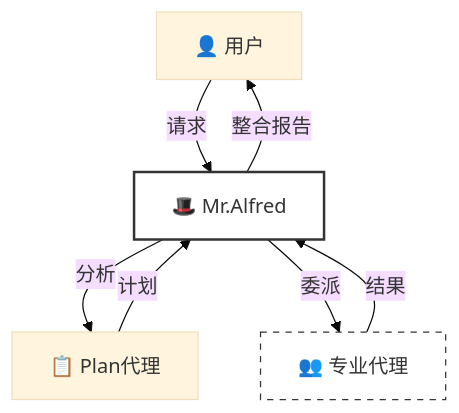
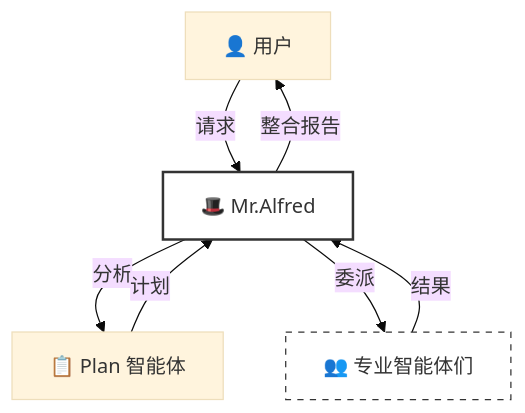
The first of 5 diagrams in README.zh.md (modu-ai/moai-adk), drawn with Mermaid (base theme) before and after one commit. The commit also changed other lines of this file and 20 other files, not shown here.

````diff
--- a/README.zh.md
+++ b/README.zh.md
@@ -318,12 +375,12 @@
 ```mermaid
 flowchart TD
     User[👤 用户] -->|请求| Alfred[🎩 Mr.Alfred]
-    Alfred -->|分析| Plan[📋 Plan代理]
+    Alfred -->|分析| Plan[📋 Plan 智能体]
     Plan -->|计划| Alfred
-    Alfred -->|委派| Agents[👥 专业代理]
+    Alfred -->|委派| Agents[👥 专业智能体们]
     Agents -->|结果| Alfred
     Alfred -->|整合报告| User
 
     style Alfred fill:#fff,stroke:#333,stroke-width:2px
     style Agents fill:#fff,stroke:#333,stroke-width:1px,stroke-dasharray: 5 5
 ```
````
